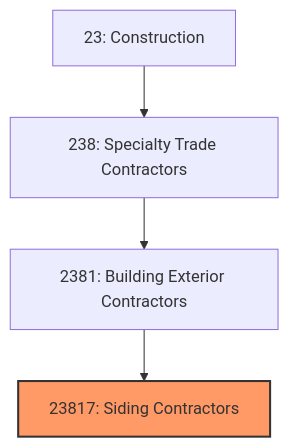
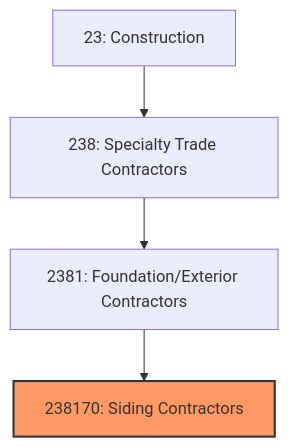
The first of 3 diagrams in industries/Construction/SpecialtyTradeContractors/BuildingExteriorContractors/SidingContractors.mdx (kziemski/business.org.ai), drawn with Mermaid before and after one commit. The commit also changed other lines of this file and 20 other files, not shown here.

````diff
--- a/industries/Construction/SpecialtyTradeContractors/BuildingExteriorContractors/SidingContractors.mdx
+++ b/industries/Construction/SpecialtyTradeContractors/BuildingExteriorContractors/SidingContractors.mdx
@@ -20,8 +36,8 @@
 ```mermaid
 graph TD
     S23["23: Construction"]
     S23 --> N238["238: Specialty Trade Contractors"]
-    N238 --> N2381["2381: Building Exterior Contractors"]
-    N2381 --> N23817["23817: Siding Contractors"]
-    style N23817 fill:#f96,stroke:#333,stroke-width:2px
+    N238 --> N2381["2381: Foundation/Exterior Contractors"]
+    N2381 --> N238170["238170: Siding Contractors"]
+    style N238170 fill:#f96,stroke:#333,stroke-width:2px
 ```
````
